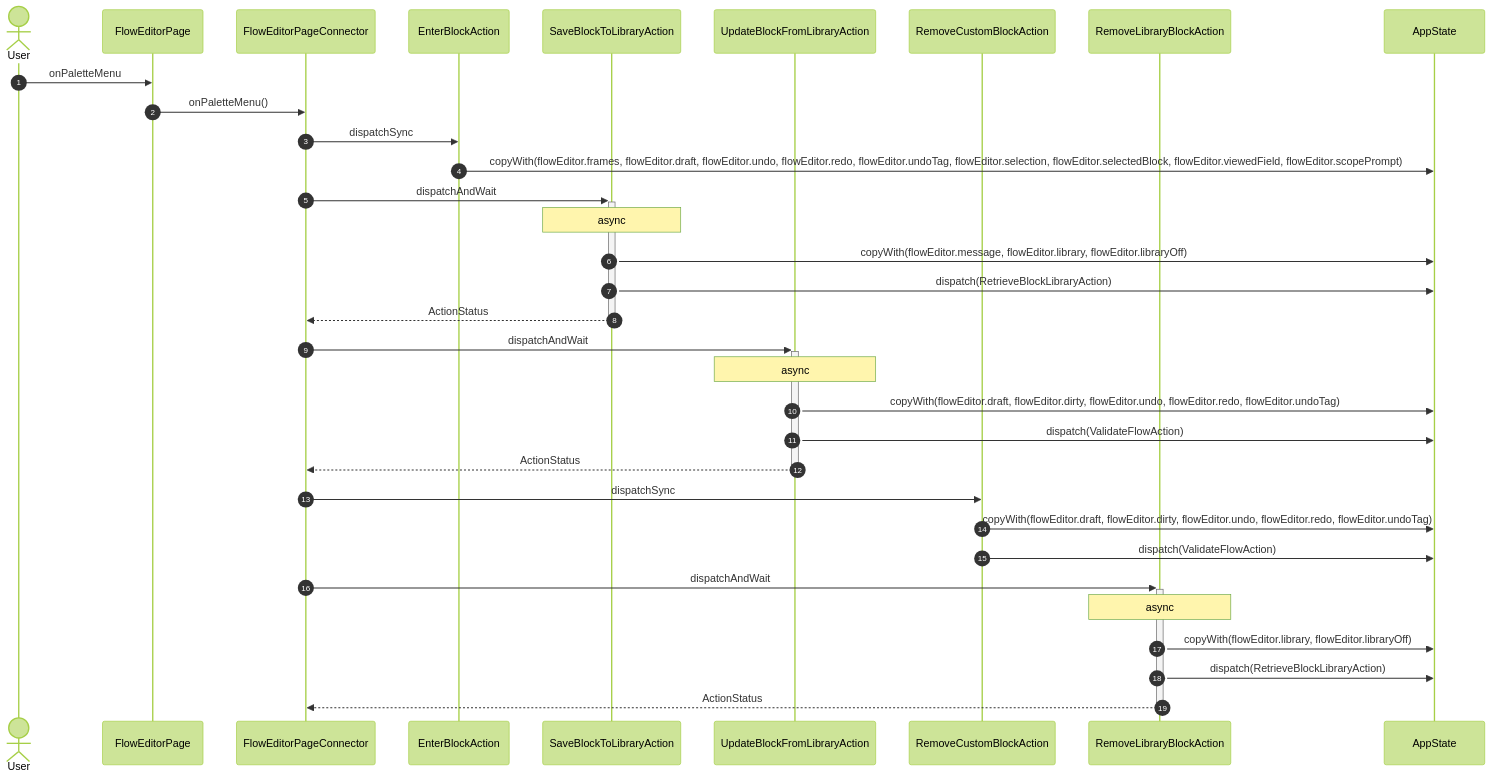
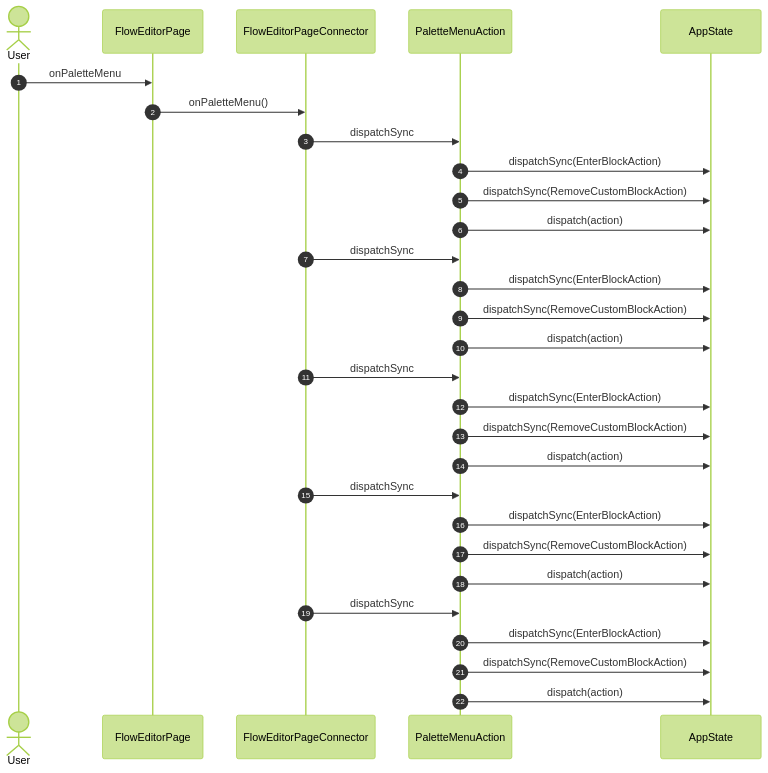
Before and after one commit to gencto/wyrm: the fourth of 42 diagrams in studio/docs/flows/flowEditor.md, drawn with Mermaid (forest theme). The commit also changed other lines of this file and 49 other files, not shown here.

````diff
--- a/studio/docs/flows/flowEditor.md
+++ b/studio/docs/flows/flowEditor.md
@@ -68,36 +62,32 @@
 ```mermaid
 sequenceDiagram
     autonumber
     actor User
     participant UI as FlowEditorPage
     participant VM as FlowEditorPageConnector
-    participant A1 as EnterBlockAction
-    participant A2 as SaveBlockToLibraryAction
-    participant A3 as UpdateBlockFromLibraryAction
-    participant A4 as RemoveCustomBlockAction
-    participant A5 as RemoveLibraryBlockAction
+    participant A1 as PaletteMenuAction
     participant ST as AppState
 
     User->>UI: onPaletteMenu
     UI->>VM: onPaletteMenu()
     VM->>A1: dispatchSync
-    A1->>ST: copyWith(flowEditor.frames, flowEditor.draft, flowEditor.undo, flowEditor.redo, flowEditor.undoTag, flowEditor.selection, flowEditor.selectedBlock, flowEditor.viewedField, flowEditor.scopePrompt)
-    VM->>+A2: dispatchAndWait
-    Note over A2: async
-    A2->>ST: copyWith(flowEditor.message, flowEditor.library, flowEditor.libraryOff)
-    A2->>ST: dispatch(RetrieveBlockLibraryAction)
-    A2-->>-VM: ActionStatus
-    VM->>+A3: dispatchAndWait
-    Note over A3: async
-    A3->>ST: copyWith(flowEditor.draft, flowEditor.dirty, flowEditor.undo, flowEditor.redo, flowEditor.undoTag)
-    A3->>ST: dispatch(ValidateFlowAction)
-    A3-->>-VM: ActionStatus
-    VM->>A4: dispatchSync
-    A4->>ST: copyWith(flowEditor.draft, flowEditor.dirty, flowEditor.undo, flowEditor.redo, flowEditor.undoTag)
-    A4->>ST: dispatch(ValidateFlowAction)
-    VM->>+A5: dispatchAndWait
-    Note over A5: async
-    A5->>ST: copyWith(flowEditor.library, flowEditor.libraryOff)
-    A5->>ST: dispatch(RetrieveBlockLibraryAction)
-    A5-->>-VM: ActionStatus
+    A1->>ST: dispatchSync(EnterBlockAction)
+    A1->>ST: dispatchSync(RemoveCustomBlockAction)
+    A1->>ST: dispatch(action)
+    VM->>A1: dispatchSync
+    A1->>ST: dispatchSync(EnterBlockAction)
+    A1->>ST: dispatchSync(RemoveCustomBlockAction)
+    A1->>ST: dispatch(action)
+    VM->>A1: dispatchSync
+    A1->>ST: dispatchSync(EnterBlockAction)
+    A1->>ST: dispatchSync(RemoveCustomBlockAction)
+    A1->>ST: dispatch(action)
+    VM->>A1: dispatchSync
+    A1->>ST: dispatchSync(EnterBlockAction)
+    A1->>ST: dispatchSync(RemoveCustomBlockAction)
+    A1->>ST: dispatch(action)
+    VM->>A1: dispatchSync
+    A1->>ST: dispatchSync(EnterBlockAction)
+    A1->>ST: dispatchSync(RemoveCustomBlockAction)
+    A1->>ST: dispatch(action)
 ```
````
